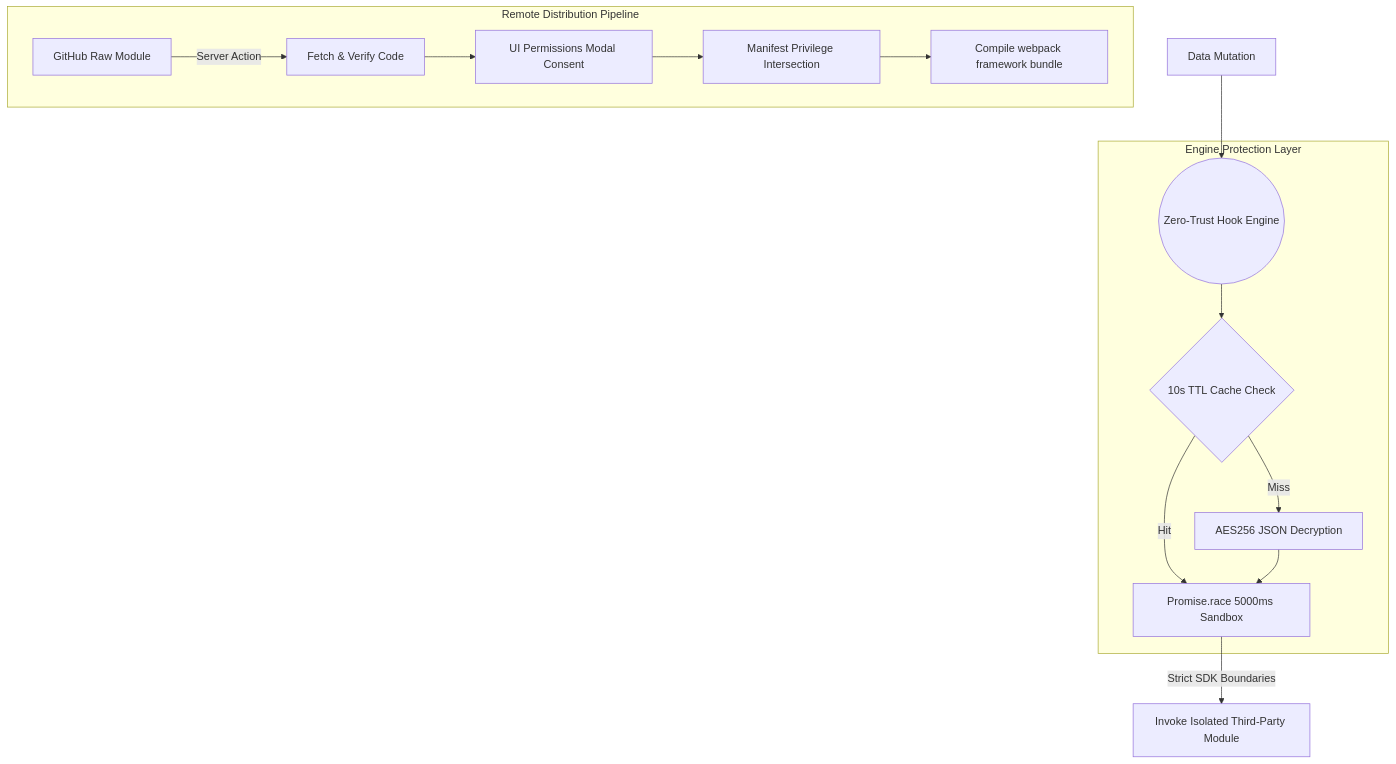
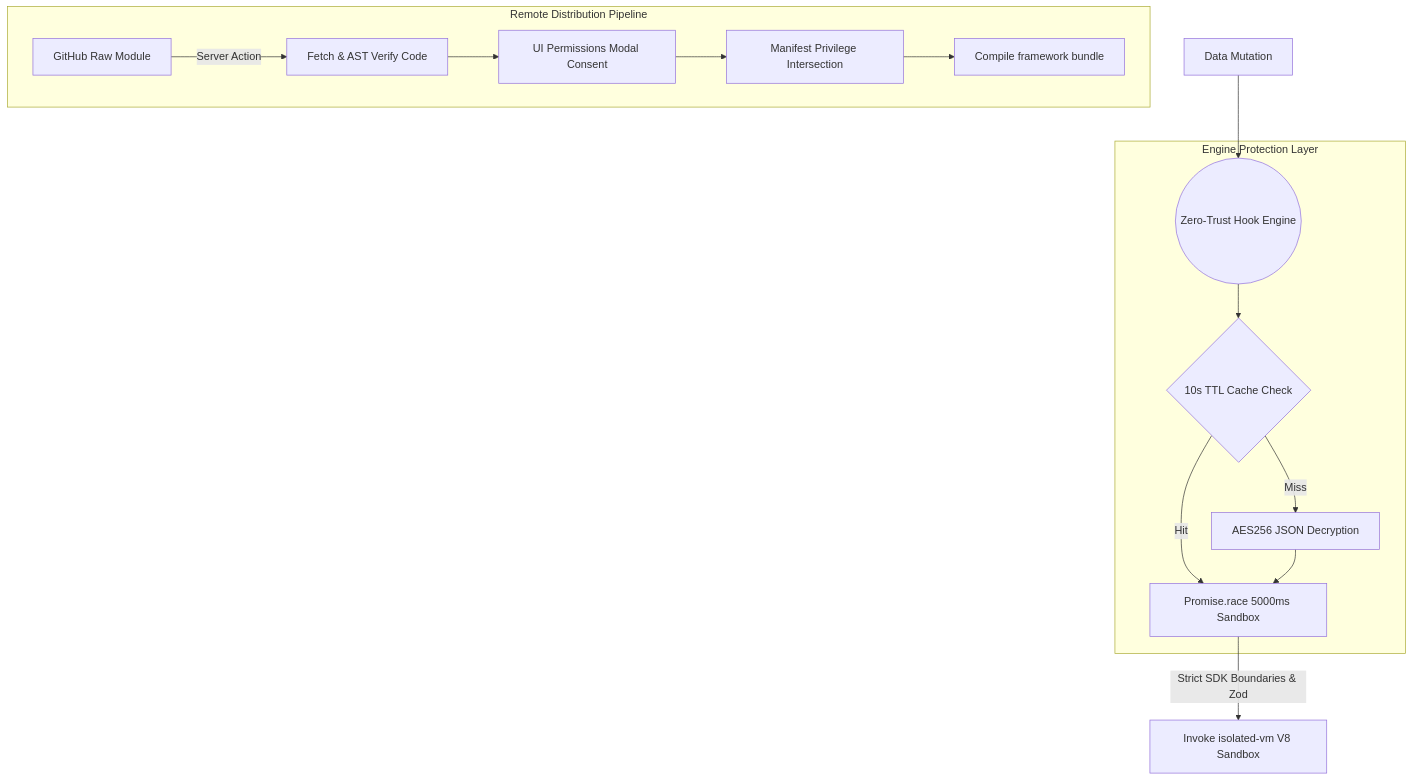
Before and after one commit to Cyber-Sec-Space/openticket: the fourth of 7 diagrams in docs/ARCHITECTURE.md, drawn with Mermaid. The commit also changed other lines of this file and 1 other file, not shown here.

Commit message:
docs: Sync architecture documentation with v1.0.0-rc.1 source code

````diff
--- a/docs/ARCHITECTURE.md
+++ b/docs/ARCHITECTURE.md
@@ -149,20 +153,20 @@
 ```mermaid
 graph TD
     SystemEvents[Data Mutation] --> HookEngine((Zero-Trust Hook Engine))
     
     subgraph Execution_Sandbox [Engine Protection Layer]
         HookEngine --> CacheCheck{10s TTL Cache Check}
         CacheCheck -- "Miss" --> Decrypt[AES256 JSON Decryption]
         CacheCheck -- "Hit" --> Exec[Promise.race 5000ms Sandbox]
         Decrypt --> Exec
     end
     
-    Exec -->|Strict SDK Boundaries| Plugins[Invoke Isolated Third-Party Module]
+    Exec -->|Strict SDK Boundaries & Zod| Plugins[Invoke isolated-vm V8 Sandbox]
     
     subgraph Registry [Remote Distribution Pipeline]
-        RemoteRepo[GitHub Raw Module] -->|Server Action| Download[Fetch & Verify Code]
+        RemoteRepo[GitHub Raw Module] -->|Server Action| Download[Fetch & AST Verify Code]
         Download --> UIAuth[UI Permissions Modal Consent]
         UIAuth --> DBIntercept[Manifest Privilege Intersection]
-        DBIntercept --> Build[Compile webpack framework bundle]
+        DBIntercept --> Build[Compile framework bundle]
     end
 ```
````
